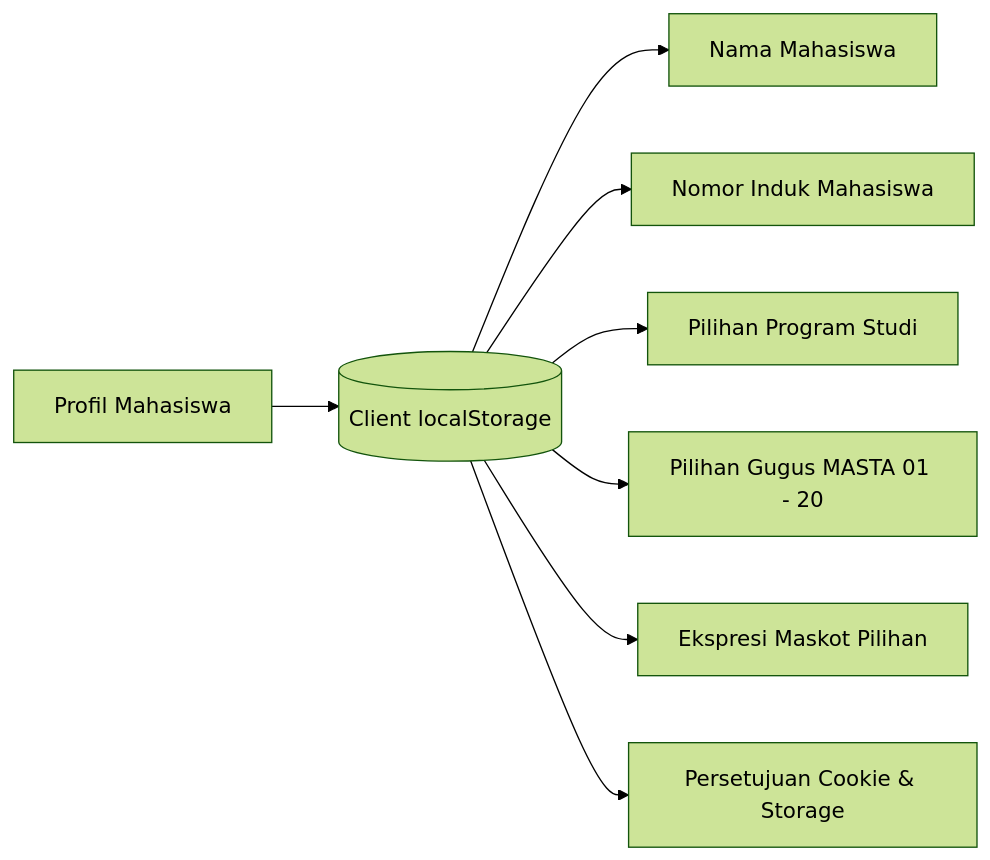
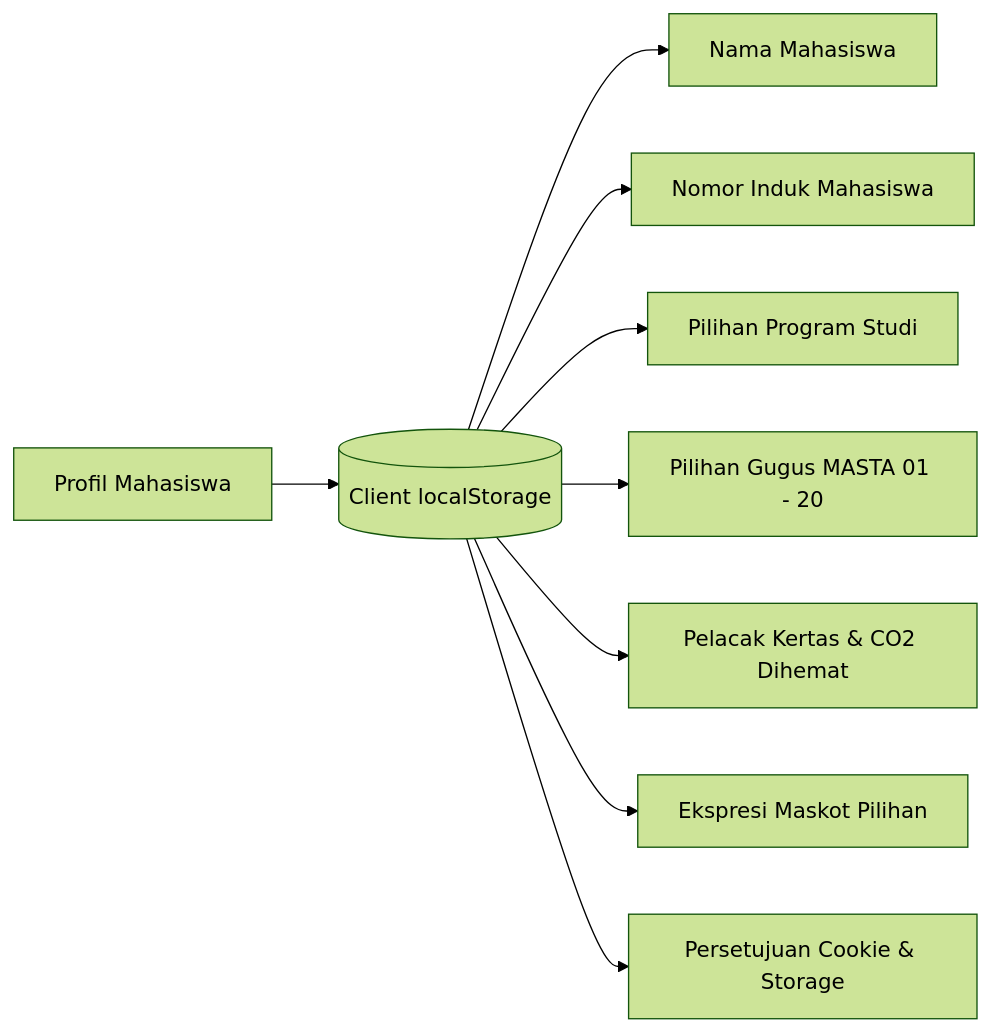
Before and after one commit to fk0u/Nyala_RangkingsUMKT: the diagram in docs/guides/mobile-pwa.md, drawn with Mermaid (forest theme). The commit also changed other lines of this file and 10 other files, not shown here.

Commit message:
docs: establish comprehensive project documentation, architectural guidelines, and technical reference manuals

````diff
--- a/docs/guides/mobile-pwa.md
+++ b/docs/guides/mobile-pwa.md
@@ -43,10 +44,11 @@
 ```mermaid
 graph LR
     UserProfile[Profil Mahasiswa] --> LocalStorage[(Client localStorage)]
     LocalStorage --> Nama[Nama Mahasiswa]
     LocalStorage --> NIM[Nomor Induk Mahasiswa]
     LocalStorage --> Prodi[Pilihan Program Studi]
     LocalStorage --> Gugus[Pilihan Gugus MASTA 01 - 20]
+    LocalStorage --> EcoImpact[Pelacak Kertas & CO2 Dihemat]
     LocalStorage --> AvatarMood[Ekspresi Maskot Pilihan]
     LocalStorage --> Consent[Persetujuan Cookie & Storage]
 ```
````
